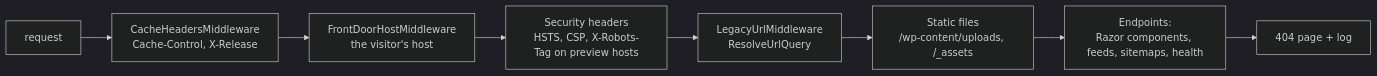
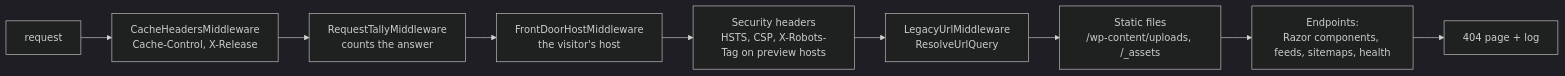
The fifth of 7 diagrams in docs/architecture/README.md (jeffreypalermo-sites/jeffreypalermo.com), drawn with Mermaid (dark theme) before and after one commit. The commit also changed other lines of this file and 24 other files, not shown here.

````diff
--- a/docs/architecture/README.md
+++ b/docs/architecture/README.md
@@ -316,4 +316,4 @@
 ```mermaid
 flowchart LR
-    req[request] --> ch[CacheHeadersMiddleware<br/>Cache-Control, X-Release] --> fh[FrontDoorHostMiddleware<br/>the visitor's host] --> sec[Security headers<br/>HSTS, CSP, X-Robots-Tag on preview hosts] --> legacy[LegacyUrlMiddleware<br/>ResolveUrlQuery] --> sf[Static files<br/>/wp-content/uploads, /_assets] --> ep[Endpoints:<br/>Razor components, feeds, sitemaps, health] --> nf[404 page + log]
+    req[request] --> ch[CacheHeadersMiddleware<br/>Cache-Control, X-Release] --> rt[RequestTallyMiddleware<br/>counts the answer] --> fh[FrontDoorHostMiddleware<br/>the visitor's host] --> sec[Security headers<br/>HSTS, CSP, X-Robots-Tag on preview hosts] --> legacy[LegacyUrlMiddleware<br/>ResolveUrlQuery] --> sf[Static files<br/>/wp-content/uploads, /_assets] --> ep[Endpoints:<br/>Razor components, feeds, sitemaps, health] --> nf[404 page + log]
 ```
````
